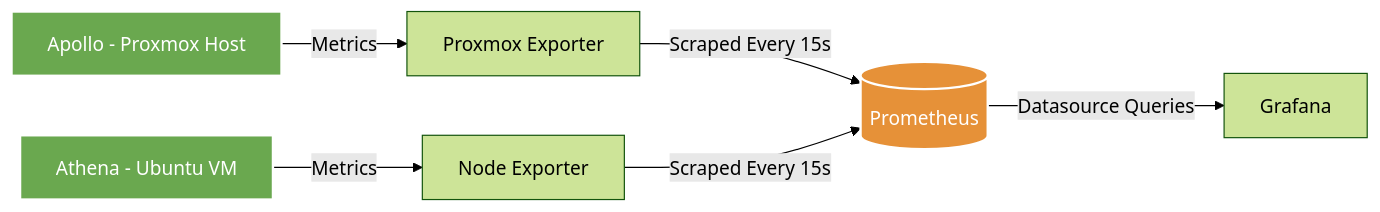
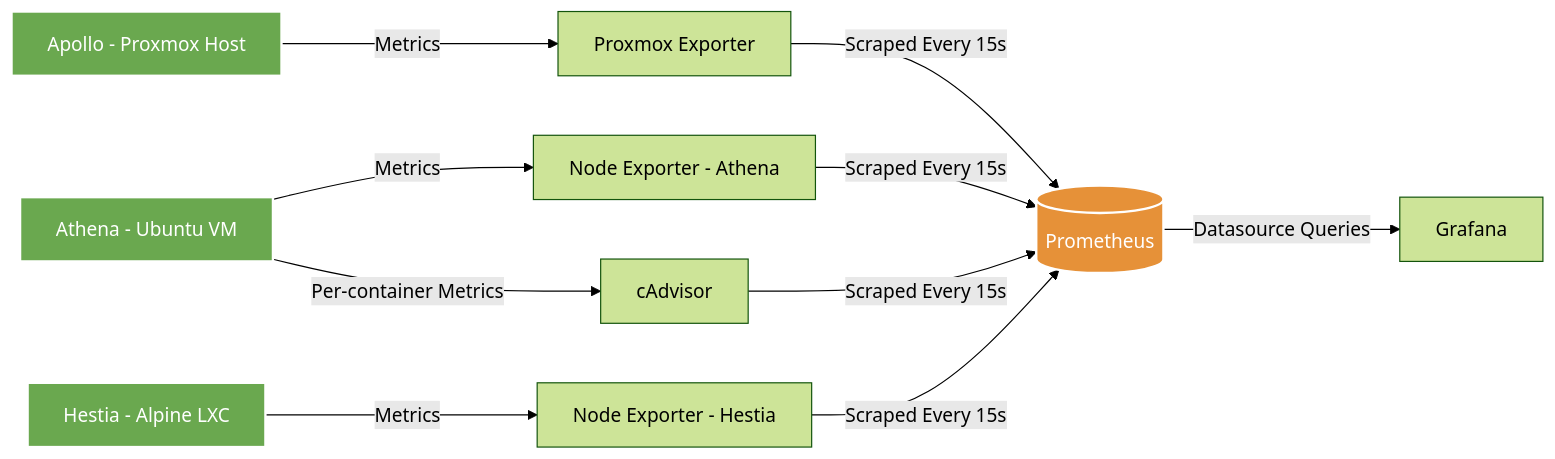
The diagram in architecture/metrics-flow.mmd (SwapnajXD/HomeLab), drawn with Mermaid (forest theme) before and after one commit. The commit also changed 16 other files, not shown here.

```diff
--- a/architecture/metrics-flow.mmd
+++ b/architecture/metrics-flow.mmd
@@ -1,24 +1,31 @@
 graph LR
 
     Apollo["Apollo - Proxmox Host"]
     Athena["Athena - Ubuntu VM"]
+    Hestia["Hestia - Alpine LXC"]
 
     PveExp["Proxmox Exporter"]
-    NodeExp["Node Exporter"]
+    NodeExpA["Node Exporter - Athena"]
+    NodeExpH["Node Exporter - Hestia"]
+    Cadvisor["cAdvisor"]
 
     Prometheus[(Prometheus)]
     Grafana["Grafana"]
 
     Apollo -->|Metrics| PveExp
-    Athena -->|Metrics| NodeExp
+    Athena -->|Metrics| NodeExpA
+    Athena -->|Per-container Metrics| Cadvisor
+    Hestia -->|Metrics| NodeExpH
 
     PveExp -->|Scraped Every 15s| Prometheus
-    NodeExp -->|Scraped Every 15s| Prometheus
+    NodeExpA -->|Scraped Every 15s| Prometheus
+    NodeExpH -->|Scraped Every 15s| Prometheus
+    Cadvisor -->|Scraped Every 15s| Prometheus
 
     Prometheus -->|Datasource Queries| Grafana
 
     classDef source fill:#6aa84f,color:#ffffff,stroke:#ffffff,stroke-width:2px;
     classDef storage fill:#e69138,color:#ffffff,stroke:#ffffff,stroke-width:2px;
 
-    class Apollo,Athena source;
+    class Apollo,Athena,Hestia source;
     class Prometheus storage;
```
